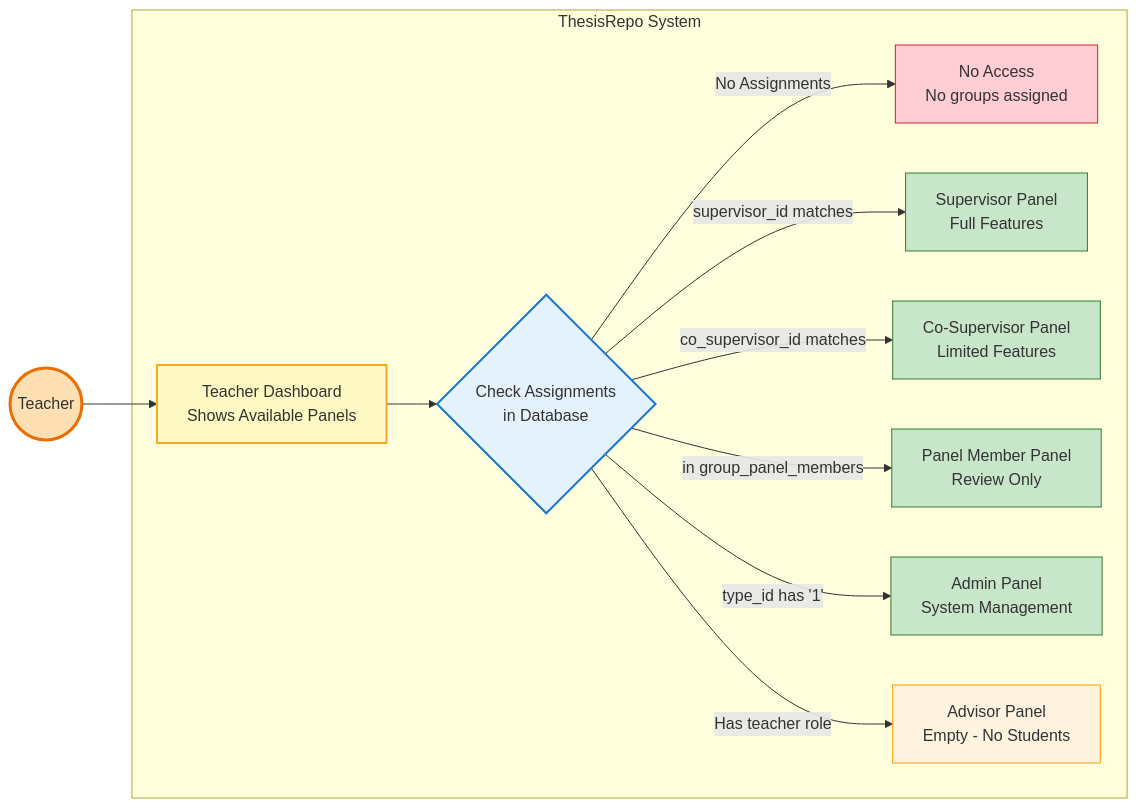
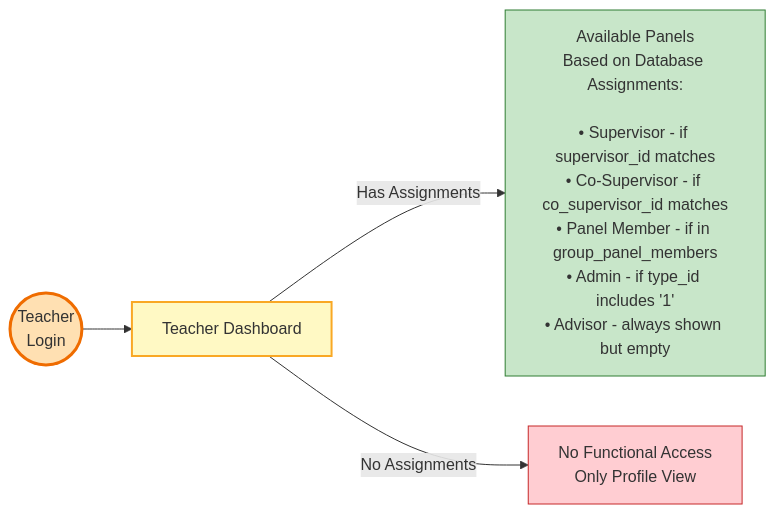
Before and after one commit to abdullah2323442/thesisrepo-backup: the second of 3 diagrams in documentation/roles/Teacher-use-case-diagram.md, drawn with Mermaid.

Commit message:
refactor(teacher-use-case-diagram): Revise use case diagram for Teacher role to enhance clarity and detail in assignment-based access flow

````diff
--- a/documentation/roles/Teacher-use-case-diagram.md
+++ b/documentation/roles/Teacher-use-case-diagram.md
@@ -134,48 +134,29 @@
 ```mermaid
 graph LR
     %% Actor
-    Teacher((Teacher))
+    Teacher((Teacher<br/>Login))
     
-    %% System
-    subgraph System["ThesisRepo System"]
-        Dashboard[Teacher Dashboard<br/>Shows Available Panels]
-        
-        %% Assignment Check
-        Check{Check Assignments<br/>in Database}
-        
-        %% Possible Outcomes
-        NoAccess[No Access<br/>No groups assigned]
-        SupervisorPanel[Supervisor Panel<br/>Full Features]
-        CoSupervisorPanel[Co-Supervisor Panel<br/>Limited Features]
-        PanelMemberPanel[Panel Member Panel<br/>Review Only]
-        AdminPanel[Admin Panel<br/>System Management]
-        
-        %% Empty Panels
-        EmptyAdvisor[Advisor Panel<br/>Empty - No Students]
-    end
+    %% Dashboard Always Accessible
+    Dashboard[Teacher Dashboard]
+    
+    %% Possible Panels Based on Assignments
+    Panels[Available Panels<br/>Based on Database Assignments:<br/><br/>• Supervisor - if supervisor_id matches<br/>• Co-Supervisor - if co_supervisor_id matches<br/>• Panel Member - if in group_panel_members<br/>• Admin - if type_id includes '1'<br/>• Advisor - always shown but empty]
+    
+    %% No Assignment Case
+    NoAssignment[No Functional Access<br/>Only Profile View]
     
     Teacher --> Dashboard
-    Dashboard --> Check
-    
-    Check -->|No Assignments| NoAccess
-    Check -->|supervisor_id matches| SupervisorPanel
-    Check -->|co_supervisor_id matches| CoSupervisorPanel
-    Check -->|in group_panel_members| PanelMemberPanel
-    Check -->|type_id has '1'| AdminPanel
-    Check -->|Has teacher role| EmptyAdvisor
+    Dashboard -->|Has Assignments| Panels
+    Dashboard -->|No Assignments| NoAssignment
     
     %% Styling
     classDef actor fill:#ffe0b2,stroke:#ef6c00,stroke-width:3px
     classDef dashboard fill:#fff9c4,stroke:#f9a825,stroke-width:2px
-    classDef check fill:#e3f2fd,stroke:#1976d2,stroke-width:2px
-    classDef access fill:#c8e6c9,stroke:#2e7d32,stroke-width:1px
+    classDef panels fill:#c8e6c9,stroke:#2e7d32,stroke-width:1px
     classDef noAccess fill:#ffcdd2,stroke:#c62828,stroke-width:1px
-    classDef empty fill:#fff3e0,stroke:#ff9800,stroke-width:1px
     
     class Teacher actor
     class Dashboard dashboard
-    class Check check
-    class SupervisorPanel,CoSupervisorPanel,PanelMemberPanel,AdminPanel access
-    class NoAccess noAccess
-    class EmptyAdvisor empty
+    class Panels panels
+    class NoAssignment noAccess
 ```
````
